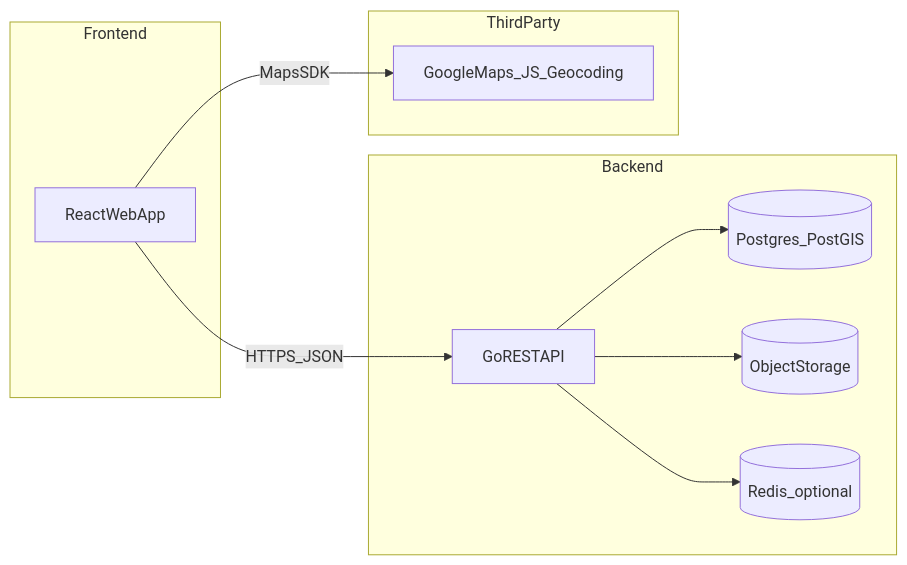
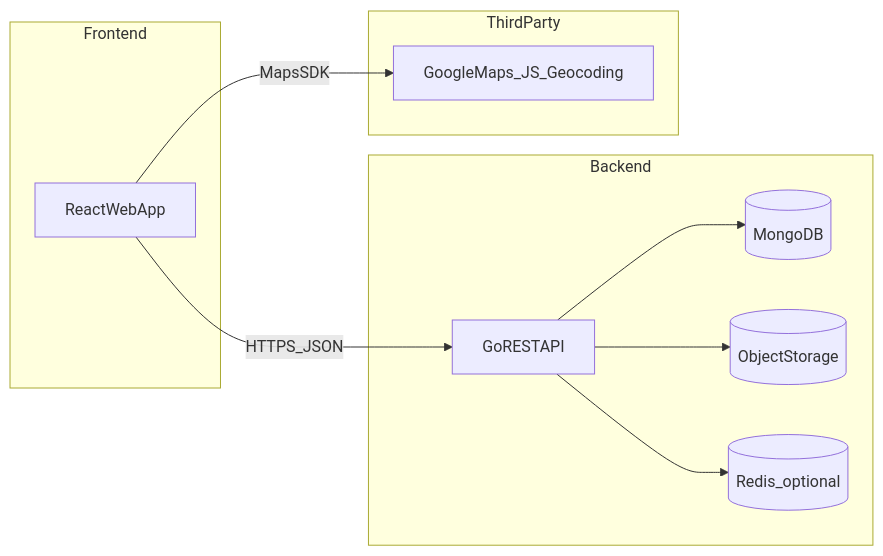
Before and after one commit to JaZtin21/tindahan: the first of 3 diagrams in docs/ARCHITECTURE.md, drawn with Mermaid. The commit also changed other lines of this file and 27 other files, not shown here.

````diff
--- a/docs/ARCHITECTURE.md
+++ b/docs/ARCHITECTURE.md
@@ -15,23 +15,23 @@
 ```mermaid
 flowchart LR
   subgraph frontend [Frontend]
     WebApp[ReactWebApp]
   end
 
   subgraph backend [Backend]
     Api[GoRESTAPI]
-    Db[(Postgres_PostGIS)]
+    Db[(MongoDB)]
     Obj[(ObjectStorage)]
     Cache[(Redis_optional)]
   end
 
   subgraph thirdParty [ThirdParty]
     GMaps[GoogleMaps_JS_Geocoding]
   end
 
   WebApp -->|"HTTPS_JSON"| Api
   Api --> Db
   Api --> Obj
   Api --> Cache
   WebApp -->|"MapsSDK"| GMaps
 ```
````
